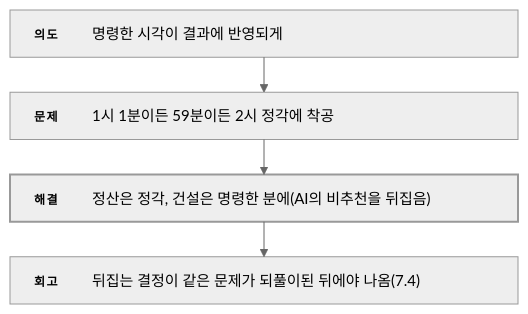
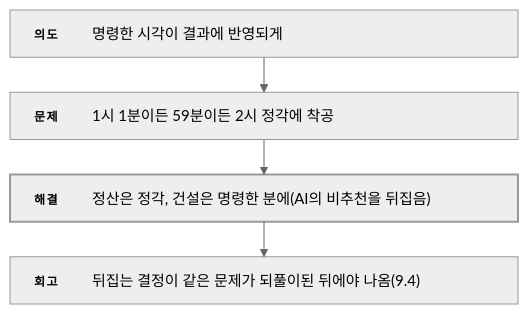
Before and after one commit to ashadeveloperr/ashadeveloperr.github.io: the sixth of 11 diagrams in src/3-desert-settlement/기술문서.md, drawn with Mermaid (neutral theme). The commit also changed other lines of this file and 8 other files, not shown here.

````diff
--- a/src/3-desert-settlement/기술문서.md
+++ b/src/3-desert-settlement/기술문서.md
@@ -264,18 +321,18 @@
 ```mermaid
 ---
 config:
   layout: elk
   flowchart:
     wrappingWidth: 520
     padding: 12
 ---
 flowchart TB
   %% feature-flow — _local/flow-diagrams.py가 만듦
   I["<div style='width:460px;display:flex;gap:14px;align-items:baseline;text-align:left;white-space:normal'><span style='flex:0 0 44px;padding-top:2px;font-size:12px;font-weight:700;letter-spacing:.12em;color:var(--accent-ink)'>의도</span><span style='flex:1;font-size:15px;line-height:1.55;color:var(--ink)'>명령한 시각이 결과에 반영되게</span></div>"]
   P["<div style='width:460px;display:flex;gap:14px;align-items:baseline;text-align:left;white-space:normal'><span style='flex:0 0 44px;padding-top:2px;font-size:12px;font-weight:700;letter-spacing:.12em;color:var(--accent-ink)'>문제</span><span style='flex:1;font-size:15px;line-height:1.55;color:var(--ink)'>1시 1분이든 59분이든 2시 정각에 착공</span></div>"]
   S["<div style='width:460px;display:flex;gap:14px;align-items:baseline;text-align:left;white-space:normal'><span style='flex:0 0 44px;padding-top:2px;font-size:12px;font-weight:700;letter-spacing:.12em;color:var(--accent-ink)'>해결</span><span style='flex:1;font-size:15px;line-height:1.55;color:var(--ink)'>정산은 정각, 건설은 명령한 분에(AI의 비추천을 뒤집음)</span></div>"]
-  R["<div style='width:460px;display:flex;gap:14px;align-items:baseline;text-align:left;white-space:normal'><span style='flex:0 0 44px;padding-top:2px;font-size:12px;font-weight:700;letter-spacing:.12em;color:var(--accent-ink)'>회고</span><span style='flex:1;font-size:15px;line-height:1.55;color:var(--ink)'>뒤집는 결정이 같은 문제가 되풀이된 뒤에야 나옴(7.4)</span></div>"]
+  R["<div style='width:460px;display:flex;gap:14px;align-items:baseline;text-align:left;white-space:normal'><span style='flex:0 0 44px;padding-top:2px;font-size:12px;font-weight:700;letter-spacing:.12em;color:var(--accent-ink)'>회고</span><span style='flex:1;font-size:15px;line-height:1.55;color:var(--ink)'>뒤집는 결정이 같은 문제가 되풀이된 뒤에야 나옴(9.4)</span></div>"]
   I --> P --> S --> R
   classDef key stroke-width:2px
   class S key
 ```
````
